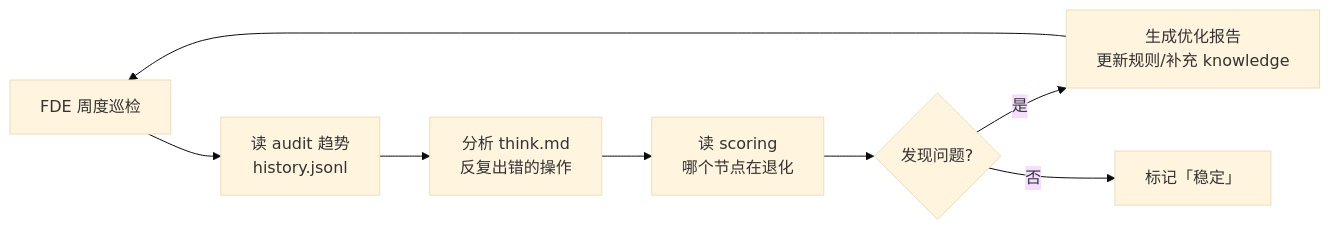
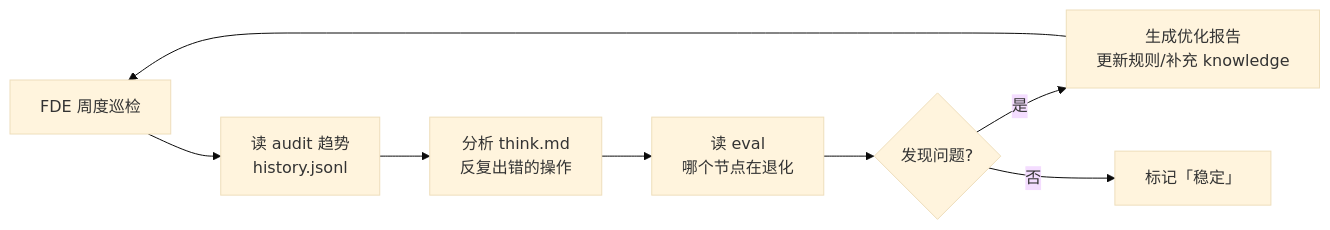
Before and after one commit to KongFangXun/sofagent: the fifth of 5 diagrams in README.md, drawn with Mermaid (base theme). The commit also changed other lines of this file and 175 other files, not shown here.

````diff
--- a/README.md
+++ b/README.md
@@ -173,10 +173,10 @@
 ```mermaid
 graph LR
     A[FDE 周度巡检] --> B[读 audit 趋势<br/>history.jsonl]
     B --> C[分析 think.md<br/>反复出错的操作]
-    C --> D[读 scoring<br/>哪个节点在退化]
+    C --> D[读 eval<br/>哪个节点在退化]
     D --> E{发现问题?}
     E -->|是| F[生成优化报告<br/>更新规则/补充 knowledge]
     E -->|否| G[标记「稳定」]
     F --> A
 ```
````
